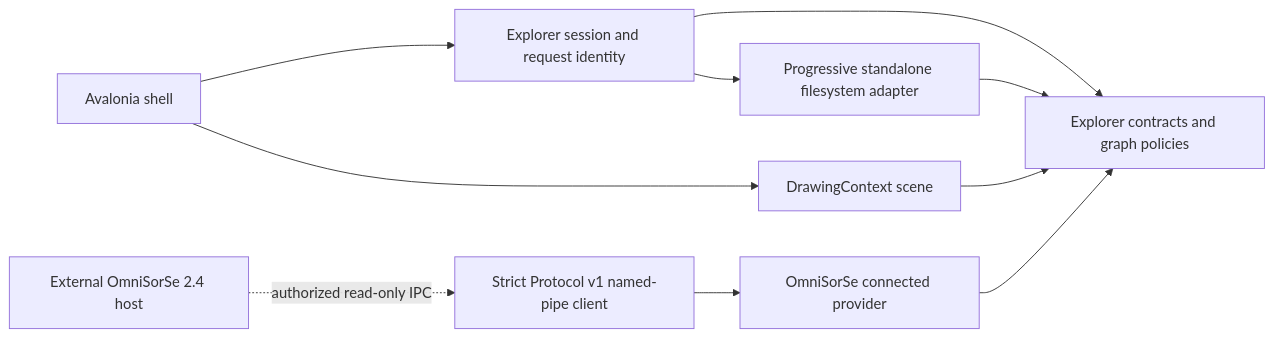
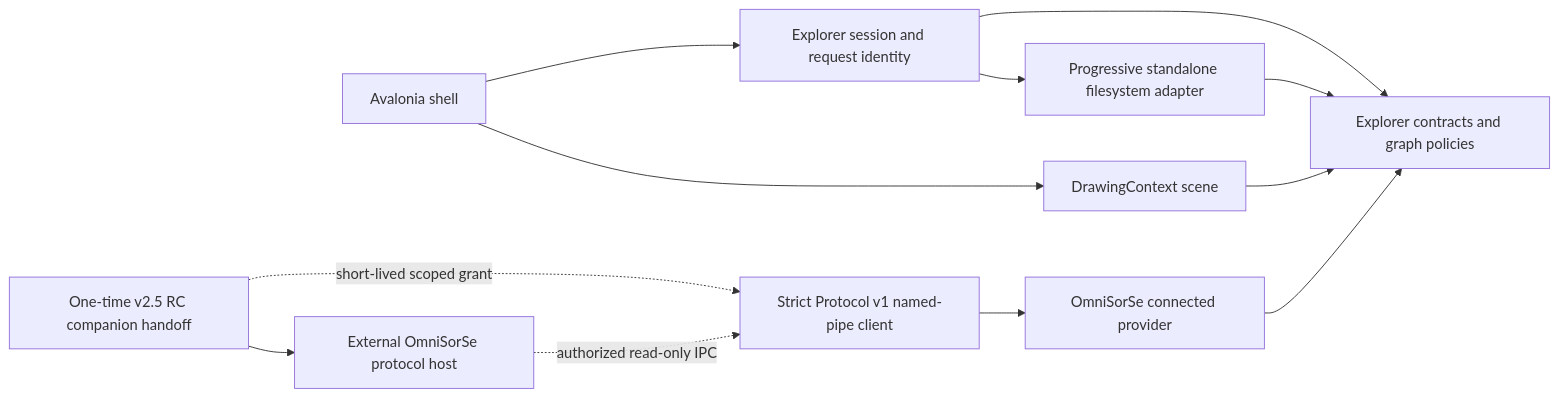
Before and after one commit to nishdel/OmniBrille: the diagram in docs/architecture.md, drawn with Mermaid. The commit also changed other lines of this file and 4 other files, not shown here.

````diff
--- a/docs/architecture.md
+++ b/docs/architecture.md
@@ -9,12 +9,14 @@
 ```mermaid
 flowchart LR
     Shell[Avalonia shell] --> Session[Explorer session and request identity]
     Session --> Core[Explorer contracts and graph policies]
     Shell --> Renderer[DrawingContext scene]
     Renderer --> Core
     FS[Progressive standalone filesystem adapter] --> Core
     Session --> FS
     Connected[OmniSorSe connected provider] --> Core
     Client[Strict Protocol v1 named-pipe client] --> Connected
-    Host[External OmniSorSe 2.4 host] -. authorized read-only IPC .-> Client
+    Handoff[One-time v2.5 RC companion handoff] -. short-lived scoped grant .-> Client
+    Host[External OmniSorSe protocol host] -. authorized read-only IPC .-> Client
+    Handoff --> Host
 ```
````
